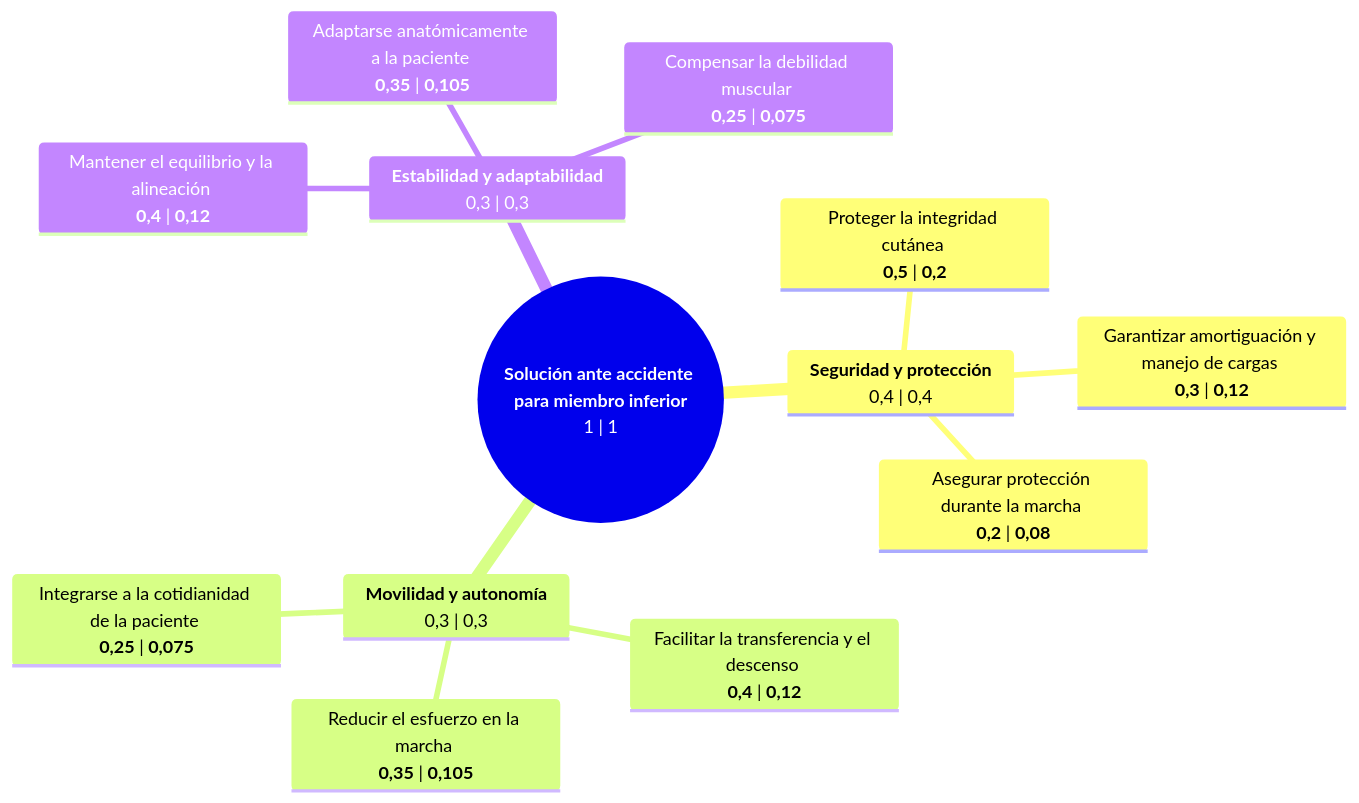
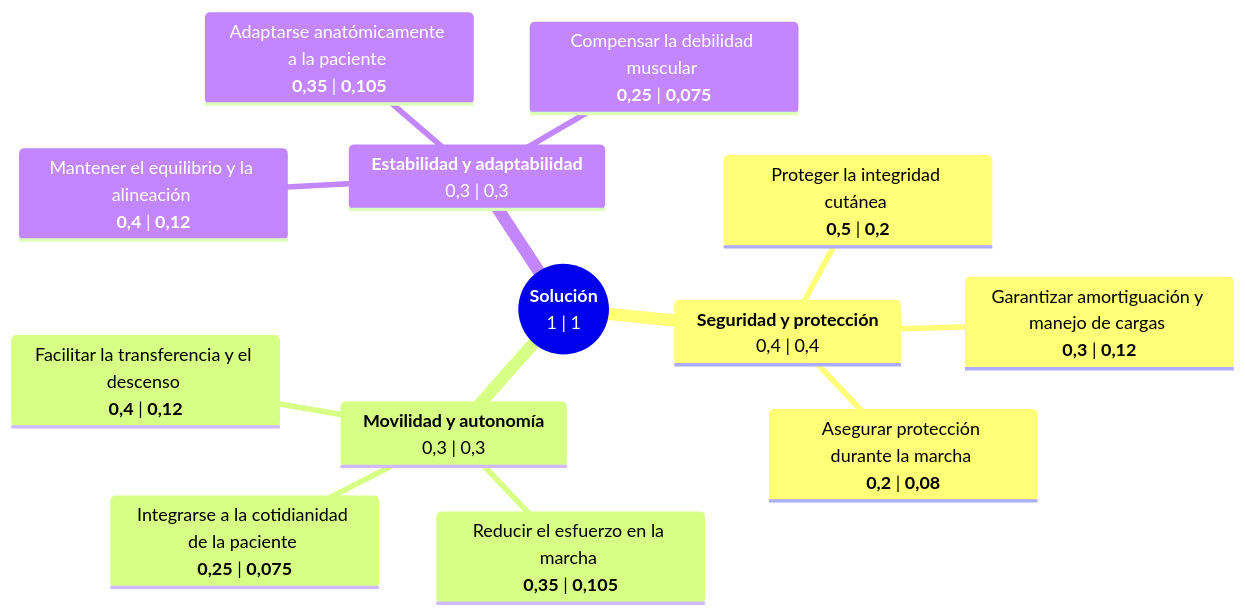
One commit to sopigg28/Dise-o1 changed the diagram in 03_Insights/02_Árbol de objetivos.md. Above: the diagram before and after it, drawn with Mermaid.

Commit message:
Update 02_Árbol de objetivos.md

````diff
--- a/03_Insights/02_Árbol de objetivos.md
+++ b/03_Insights/02_Árbol de objetivos.md
@@ -32,16 +32,16 @@
 ```mermaid
 mindmap
-  root((**Solución ante accidente para miembro inferior**<br>1 | 1))
+  root((**Solución**<br>1 | 1))
     **Seguridad y protección**<br>0,4 | 0,4
       Proteger la integridad cutánea <br>**0,5** | **0,2**
       Garantizar amortiguación y manejo de cargas <br>**0,3** | **0,12**
       Asegurar protección durante la marcha <br>**0,2** | **0,08**
     **Movilidad y autonomía**<br>0,3 | 0,3
       Facilitar la transferencia y el descenso <br>**0,4** | **0,12**
       Reducir el esfuerzo en la marcha <br>**0,35** | **0,105**
       Integrarse a la cotidianidad de la paciente <br>**0,25** | **0,075**
     **Estabilidad y adaptabilidad**<br>0,3 | 0,3
       Mantener el equilibrio y la alineación <br>**0,4** | **0,12**
       Adaptarse anatómicamente a la paciente <br>**0,35** | **0,105**
       Compensar la debilidad muscular <br>**0,25** | **0,075**
 ```
````
